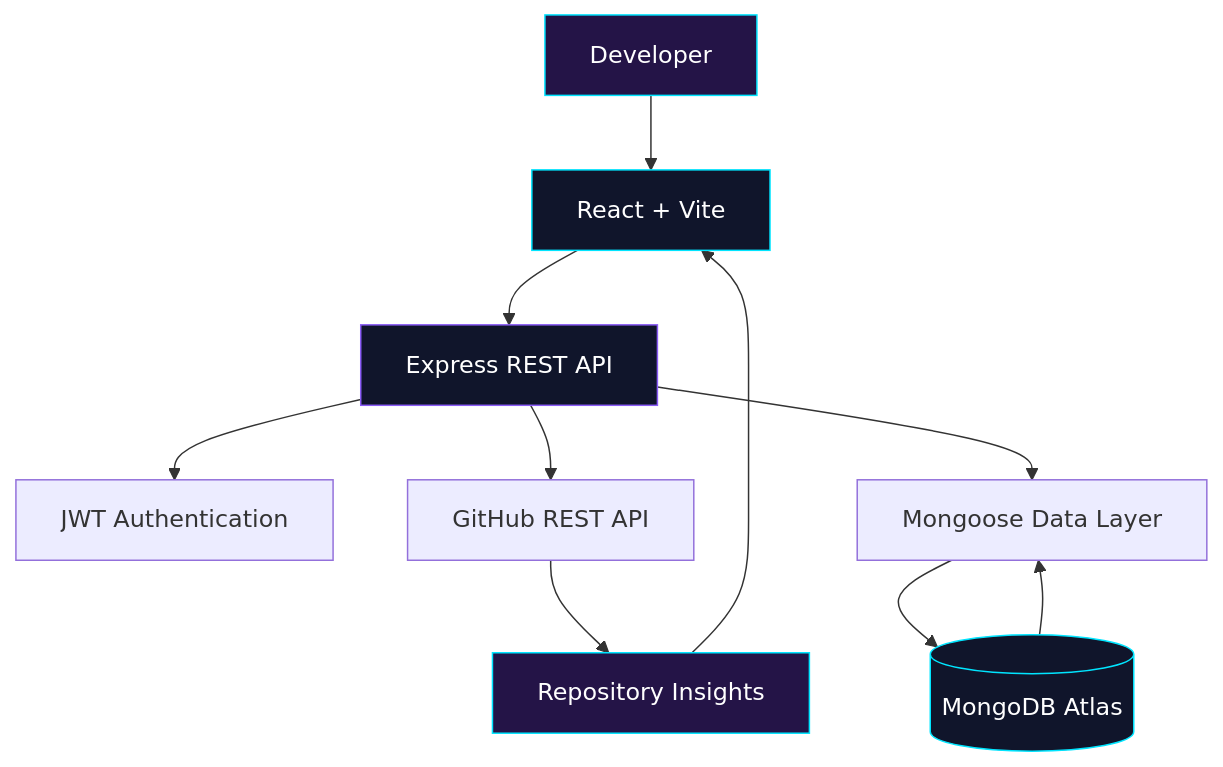
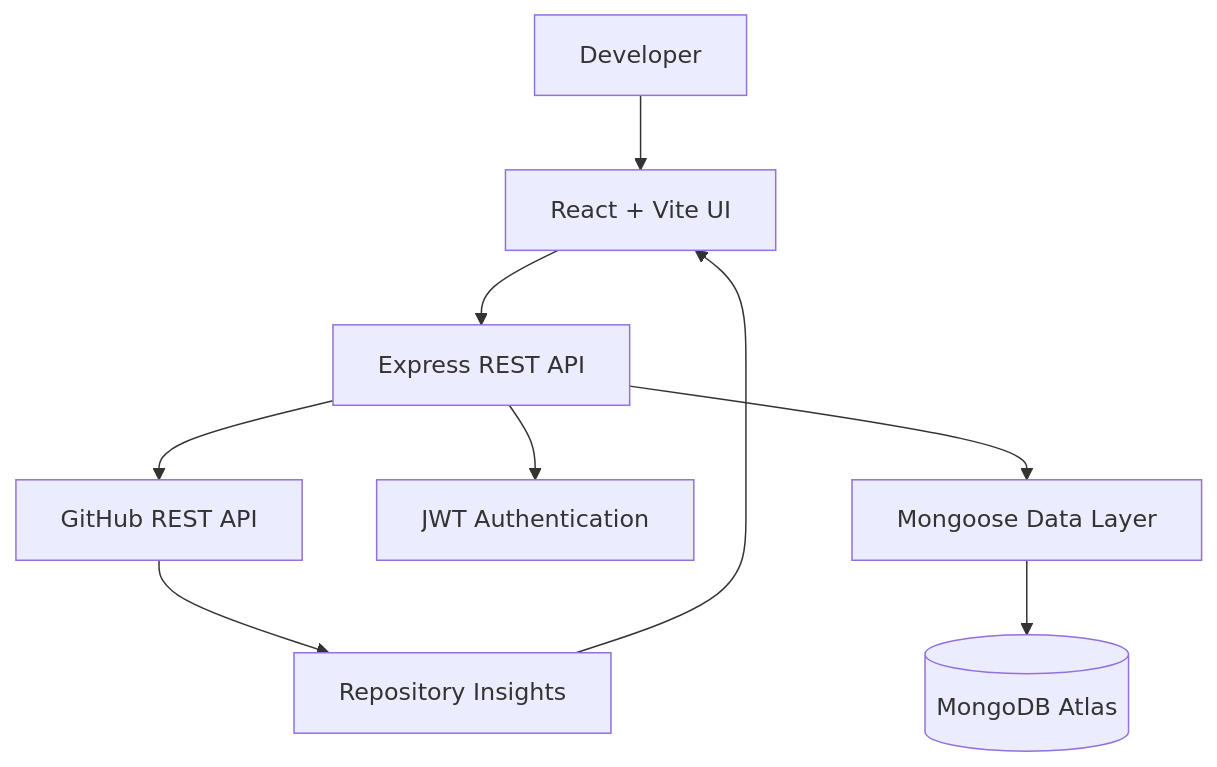
Before and after one commit to Priyanka170974/Priyanka170974: the diagram in README.md, drawn with Mermaid. The commit also changed other lines of this file, not shown here.

````diff
--- a/README.md
+++ b/README.md
@@ -107,18 +77,11 @@
 ```mermaid
 flowchart TD
-    A["Developer"] --> B["React + Vite"]
+    A["Developer"] --> B["React + Vite UI"]
     B --> C["Express REST API"]
-    C --> D["JWT Authentication"]
-    C --> E["GitHub REST API"]
+    C --> D["GitHub REST API"]
+    C --> E["JWT Authentication"]
     C --> F["Mongoose Data Layer"]
     F --> G[("MongoDB Atlas")]
-    E --> H["Repository Insights"]
+    D --> H["Repository Insights"]
     H --> B
-    G --> F
-
-    style A fill:#241447,color:#fff,stroke:#00E5FF
-    style B fill:#10152B,color:#fff,stroke:#00E5FF
-    style C fill:#10152B,color:#fff,stroke:#8B5CF6
-    style G fill:#10152B,color:#fff,stroke:#00E5FF
-    style H fill:#241447,color:#fff,stroke:#00E5FF
 ```
````
